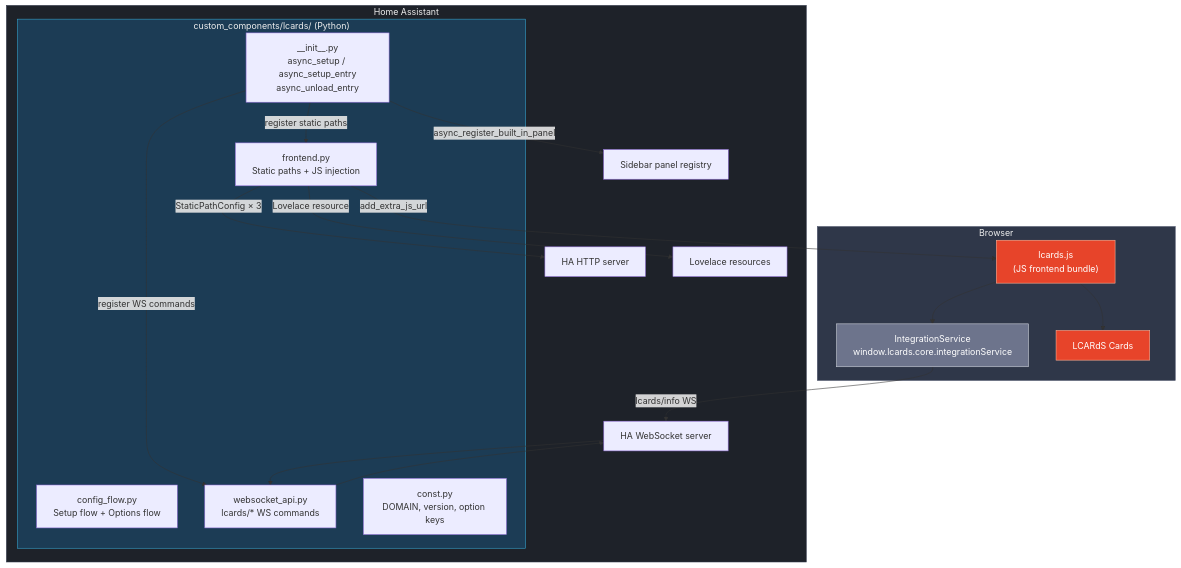
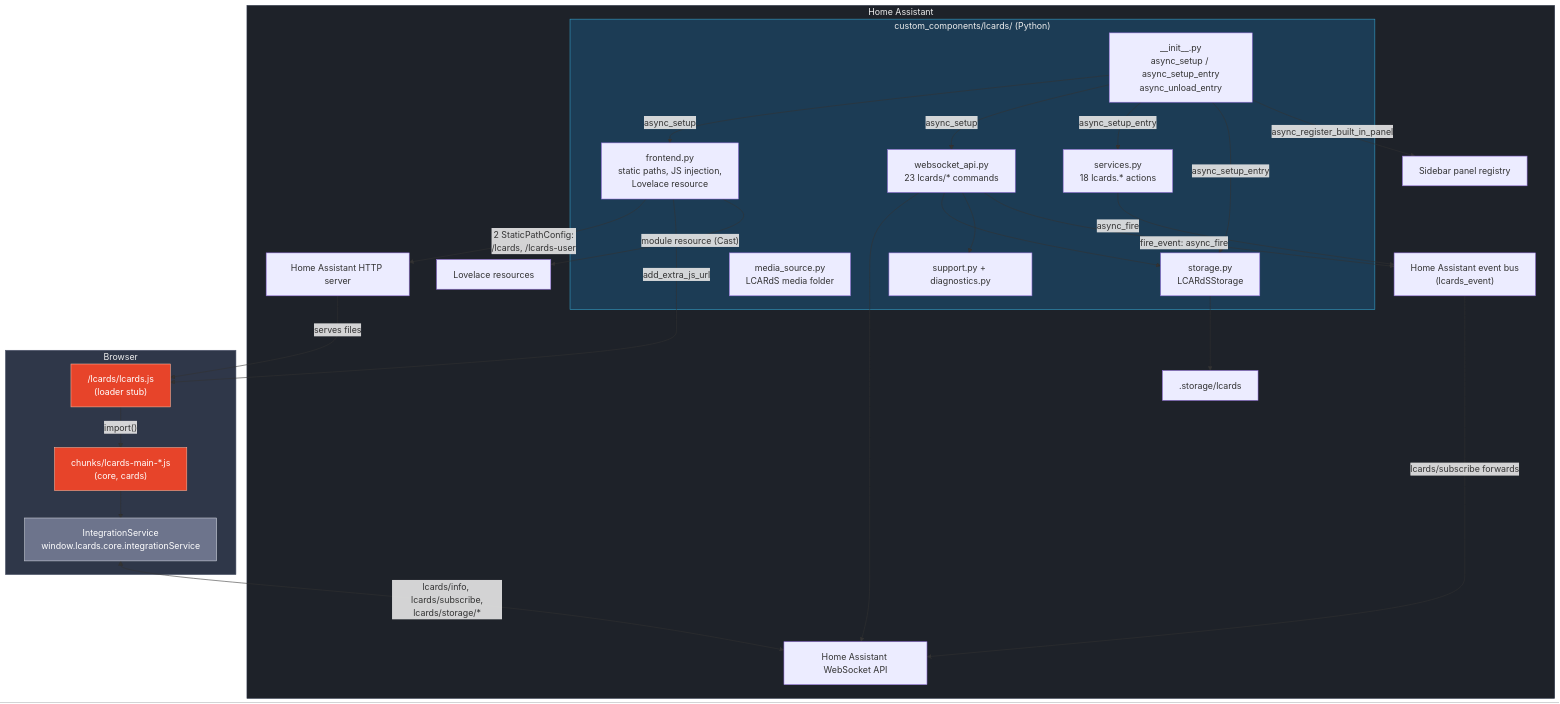
One commit to snootched/lcards changed the first of 5 diagrams in doc/architecture/ha-integration.md. Above: the diagram before and after it, drawn with Mermaid. The commit also changed other lines of this file and 91 other files, not shown here.

````diff
--- a/doc/architecture/ha-integration.md
+++ b/doc/architecture/ha-integration.md
@@ -9,42 +17,54 @@
 ```mermaid
 graph TB
     subgraph HA["Home Assistant"]
         subgraph Integration["custom_components/lcards/ (Python)"]
-            Init["__init__.py\nasync_setup / async_setup_entry\nasync_unload_entry"]
-            Frontend["frontend.py\nStatic paths + JS injection"]
-            ConfigFlow["config_flow.py\nSetup flow + Options flow"]
-            WS["websocket_api.py\nlcards/* WS commands"]
-            Const["const.py\nDOMAIN, version, option keys"]
+            Init["__init__.py<br/>async_setup / async_setup_entry<br/>async_unload_entry"]
+            Frontend["frontend.py<br/>static paths, JS injection,<br/>Lovelace resource"]
+            WS["websocket_api.py<br/>23 lcards/* commands"]
+            Services["services.py<br/>18 lcards.* actions"]
+            Storage["storage.py<br/>LCARdSStorage"]
+            Media["media_source.py<br/>LCARdS media folder"]
+            Support["support.py + diagnostics.py"]
         end
-        HTTP["HA HTTP server"]
-        WSSrv["HA WebSocket server"]
+        HTTP["Home Assistant HTTP server"]
+        WSSrv["Home Assistant WebSocket API"]
+        Bus["Home Assistant event bus<br/>(lcards_event)"]
         Lovelace["Lovelace resources"]
-        Sidebar["Sidebar panel registry"]
+        Panels["Sidebar panel registry"]
+        Store[".storage/lcards"]
     end
 
     subgraph Browser["Browser"]
-        lcards_js["lcards.js\n(JS frontend bundle)"]
-        IntSvc["IntegrationService\nwindow.lcards.core.integrationService"]
-        Cards["LCARdS Cards"]
+        Stub["/lcards/lcards.js<br/>(loader stub)"]
+        Main["chunks/lcards-main-*.js<br/>(core, cards)"]
+        IntSvc["IntegrationService<br/>window.lcards.core.integrationService"]
     end
 
-    Init -->|"register static paths"| Frontend
-    Init -->|"register WS commands"| WS
-    Frontend -->|"StaticPathConfig × 3"| HTTP
-    Frontend -->|"add_extra_js_url"| lcards_js
-    Frontend -->|"Lovelace resource"| Lovelace
-    Init -->|"async_register_built_in_panel"| Sidebar
+    Init -->|"async_setup"| Frontend
+    Init -->|"async_setup"| WS
+    Init -->|"async_setup_entry"| Services
+    Init -->|"async_setup_entry"| Storage
+    Init -->|"async_register_built_in_panel"| Panels
+    Frontend -->|"2 StaticPathConfig:<br/>/lcards, /lcards-user"| HTTP
+    Frontend -->|"add_extra_js_url"| Stub
+    Frontend -->|"module resource (Cast)"| Lovelace
+    Storage --> Store
     WS --> WSSrv
+    WS --> Storage
+    WS --> Support
+    Services -->|"async_fire"| Bus
+    WS -->|"fire_event: async_fire"| Bus
+    Bus -->|"lcards/subscribe forwards"| WSSrv
 
-    lcards_js --> IntSvc
-    IntSvc -->|"lcards/info WS"| WSSrv
-    WSSrv --> WS
-    lcards_js --> Cards
+    Stub -->|"import()"| Main
+    Main --> IntSvc
+    IntSvc <-->|"lcards/info, lcards/subscribe,<br/>lcards/storage/*"| WSSrv
+    HTTP -->|"serves files"| Stub
 
     style Integration fill:#1c3c55,stroke:#37a6d1,color:#eee
     style Browser fill:#2f3749,stroke:#52596e,color:#eee
     style HA fill:#1e2229,stroke:#2f3749,color:#eee
-    style lcards_js fill:#e7442a,stroke:#ffb399,color:#fff
+    style Stub fill:#e7442a,stroke:#ffb399,color:#fff
+    style Main fill:#e7442a,stroke:#ffb399,color:#fff
     style IntSvc fill:#6d748c,stroke:#d2d5df,color:#fff
-    style Cards fill:#e7442a,stroke:#ffb399,color:#fff
 ```
````
